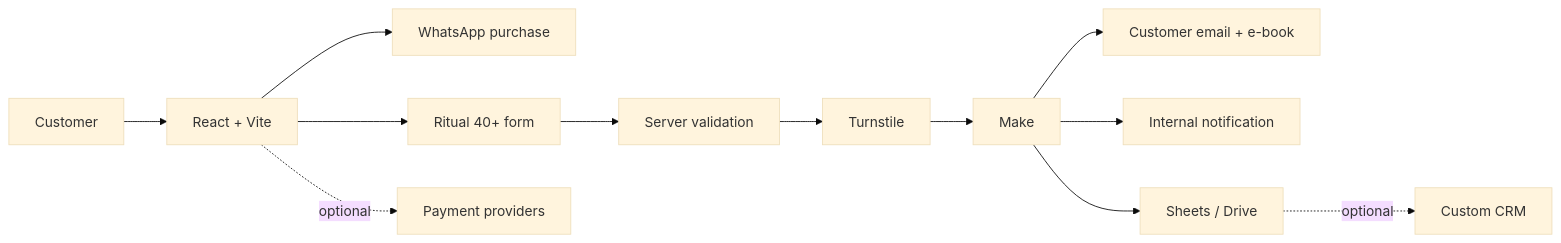
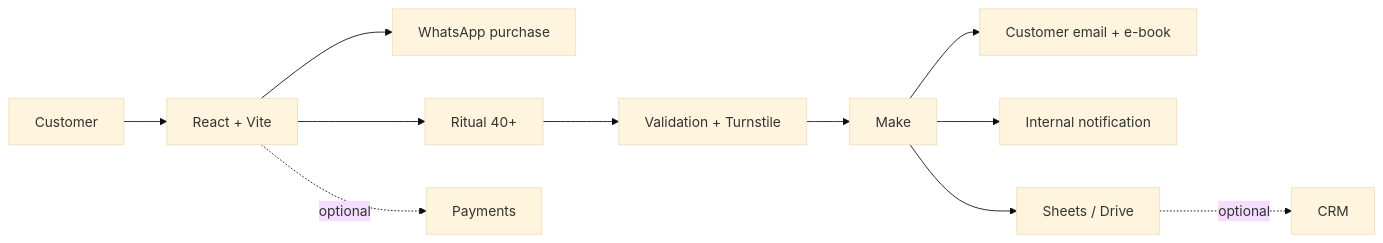
The diagram in README.md (diegofrancoe/cuarentamas-commerce), drawn with Mermaid (base theme) before and after one commit. The commit also changed other lines of this file, not shown here.

```diff
--- a/README.md
+++ b/README.md
@@ -24,14 +17,13 @@
 ~~~mermaid
 flowchart LR
  U[Customer] --> W[React + Vite]
  W --> WA[WhatsApp purchase]
- W --> F[Ritual 40+ form]
- F --> API[Server validation]
- API --> T[Turnstile]
- T --> M[Make]
+ W --> F[Ritual 40+]
+ F --> API[Validation + Turnstile]
+ API --> M[Make]
  M --> E[Customer email + e-book]
  M --> I[Internal notification]
  M --> S[Sheets / Drive]
- W -. optional .-> PAY[Payment providers]
- S -. optional .-> CRM[Custom CRM]
+ W -. optional .-> PAY[Payments]
+ S -. optional .-> CRM[CRM]
 ~~~
```
